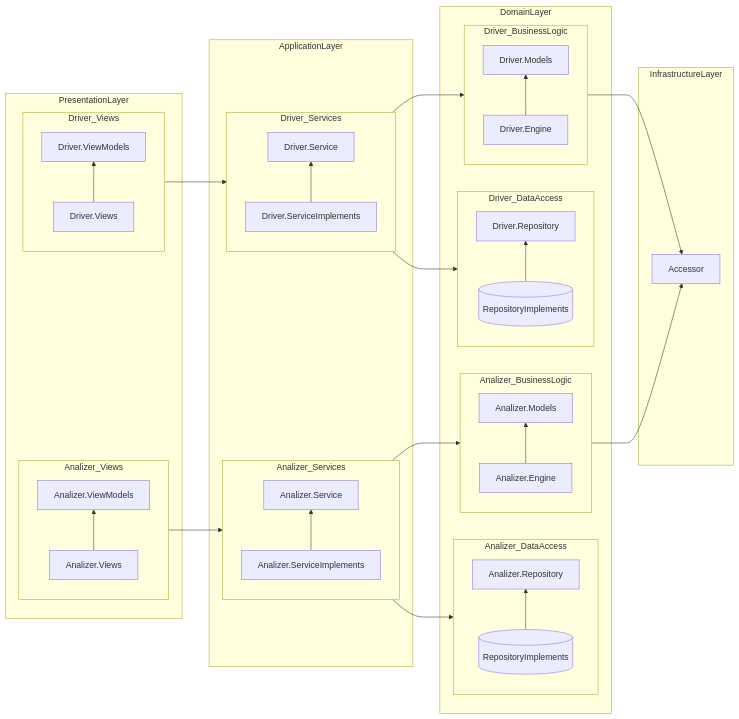
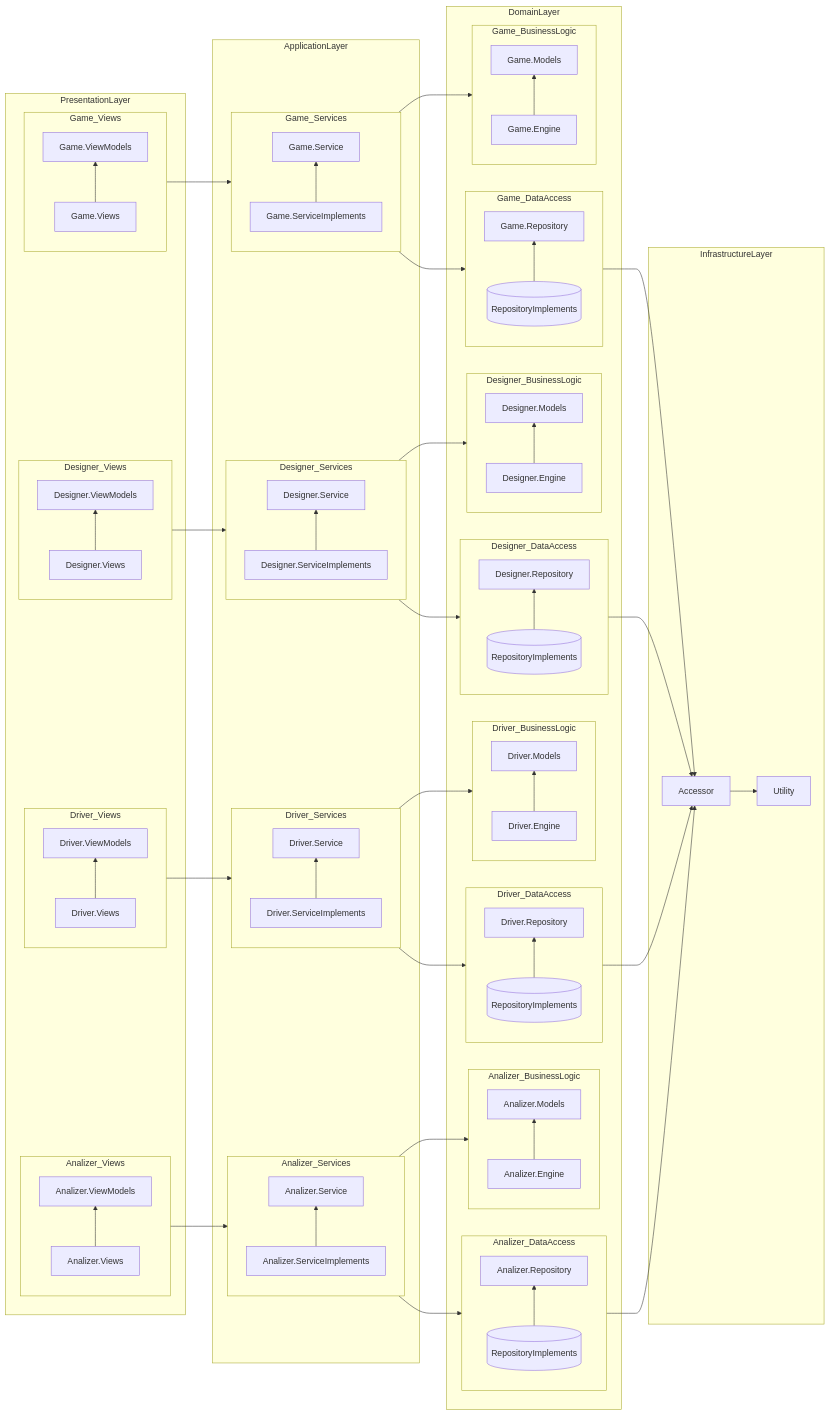
The diagram in doc/mermaid/flow_charts/AssemblyStairWay.md (hidemuu/mov), drawn with Mermaid before and after one commit. The commit also changed 7 other files, not shown here.

````diff
--- a/doc/mermaid/flow_charts/AssemblyStairWay.md
+++ b/doc/mermaid/flow_charts/AssemblyStairWay.md
@@ -10,20 +10,37 @@
             direction BT
             Driver.Views --> Driver.ViewModels
         end
+        subgraph Designer_Views
+            direction BT
+            Designer.Views --> Designer.ViewModels
+        end
+        subgraph Game_Views
+            direction BT
+            Game.Views --> Game.ViewModels
+        end
     end
 
     Analizer_Views --> Analizer_Services
     Driver_Views --> Driver_Services
+    Designer_Views --> Designer_Services
+    Game_Views --> Game_Services
 
     subgraph ApplicationLayer
         subgraph Analizer_Services
             direction BT
             Analizer.ServiceImplements --> Analizer.Service
         end
-        
         subgraph Driver_Services
             direction BT
             Driver.ServiceImplements --> Driver.Service
+        end
+        subgraph Designer_Services
+            direction BT
+            Designer.ServiceImplements --> Designer.Service
+        end
+        subgraph Game_Services
+            direction BT
+            Game.ServiceImplements --> Game.Service
         end
     end
 
@@ -31,6 +48,10 @@
     Analizer_Services --> Analizer_DataAccess
     Driver_Services --> Driver_BusinessLogic
     Driver_Services --> Driver_DataAccess
+    Designer_Services --> Designer_BusinessLogic
+    Designer_Services --> Designer_DataAccess
+    Game_Services --> Game_BusinessLogic
+    Game_Services --> Game_DataAccess
 
     subgraph DomainLayer
         subgraph Analizer_BusinessLogic
@@ -49,11 +70,30 @@
             direction BT
             Driver.RepositoryImplements[("RepositoryImplements")] --> Driver.Repository
         end
+        subgraph Designer_BusinessLogic
+            direction BT
+            Designer.Engine --> Designer.Models
+        end
+        subgraph Designer_DataAccess
+            direction BT
+            Designer.RepositoryImplements[("RepositoryImplements")] --> Designer.Repository
+        end
+        subgraph Game_BusinessLogic
+            direction BT
+            Game.Engine --> Game.Models
+        end
+        subgraph Game_DataAccess
+            direction BT
+            Game.RepositoryImplements[("RepositoryImplements")] --> Game.Repository
+        end
     end
     
     subgraph InfrastructureLayer
-        Analizer_BusinessLogic --> Accessor
-        Driver_BusinessLogic --> Accessor
+        Analizer_DataAccess --> Accessor
+        Driver_DataAccess --> Accessor
+        Designer_DataAccess --> Accessor
+        Game_DataAccess --> Accessor
+        Accessor --> Utility
     end
     
 ```
````
